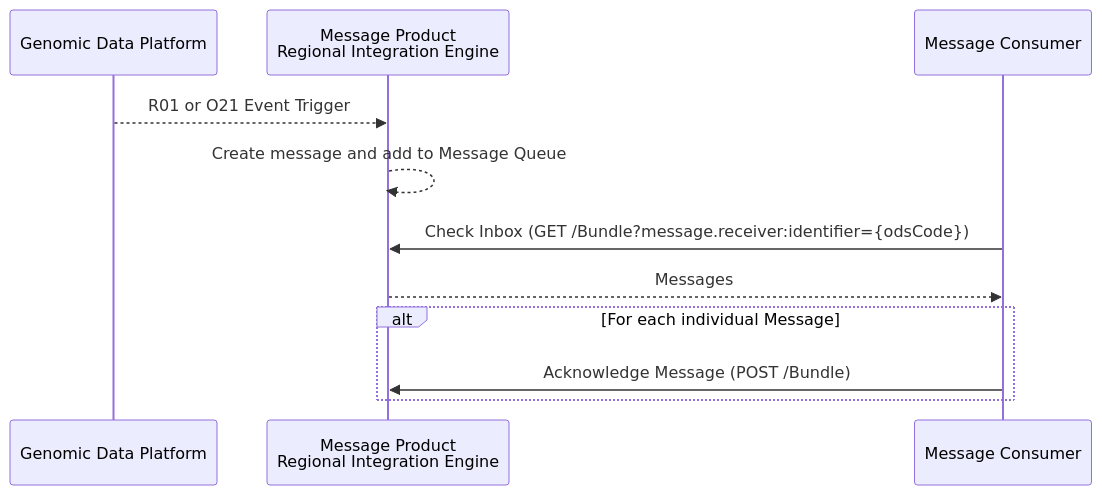
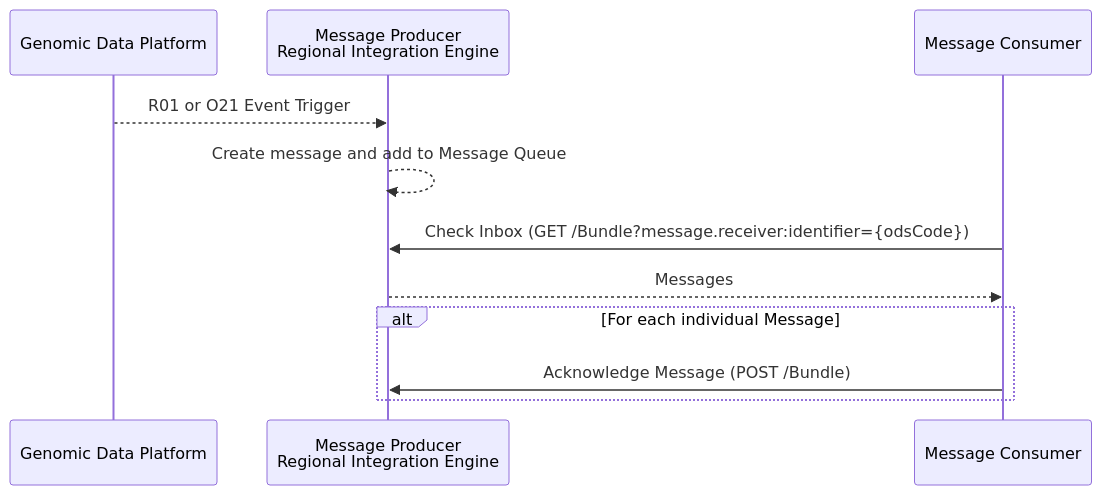
One commit to nw-gmsa/nw-gmsa.github.com changed the fourth of 4 diagrams in input/pagecontent/MQ.md. Above: the diagram before and after it, drawn with Mermaid.

````diff
--- a/input/pagecontent/MQ.md
+++ b/input/pagecontent/MQ.md
@@ -99,16 +99,16 @@
 ```mermaid
 sequenceDiagram
 
 participant gdp as Genomic Data Platform
-participant RIE as Message Product<br/>Regional Integration Engine
+participant RIE as Message Producer<br/>Regional Integration Engine
 participant consumer as Message Consumer
 
 
 gdp -->> RIE: R01 or O21 Event Trigger
 RIE -->> RIE: Create message and add to Message Queue
 consumer ->> RIE: Check Inbox (GET /Bundle?message.receiver:identifier={odsCode})
 RIE -->> consumer: Messages
 alt For each individual Message
     consumer ->> RIE: Acknowledge Message (POST /Bundle) 
 end
 ```
````
